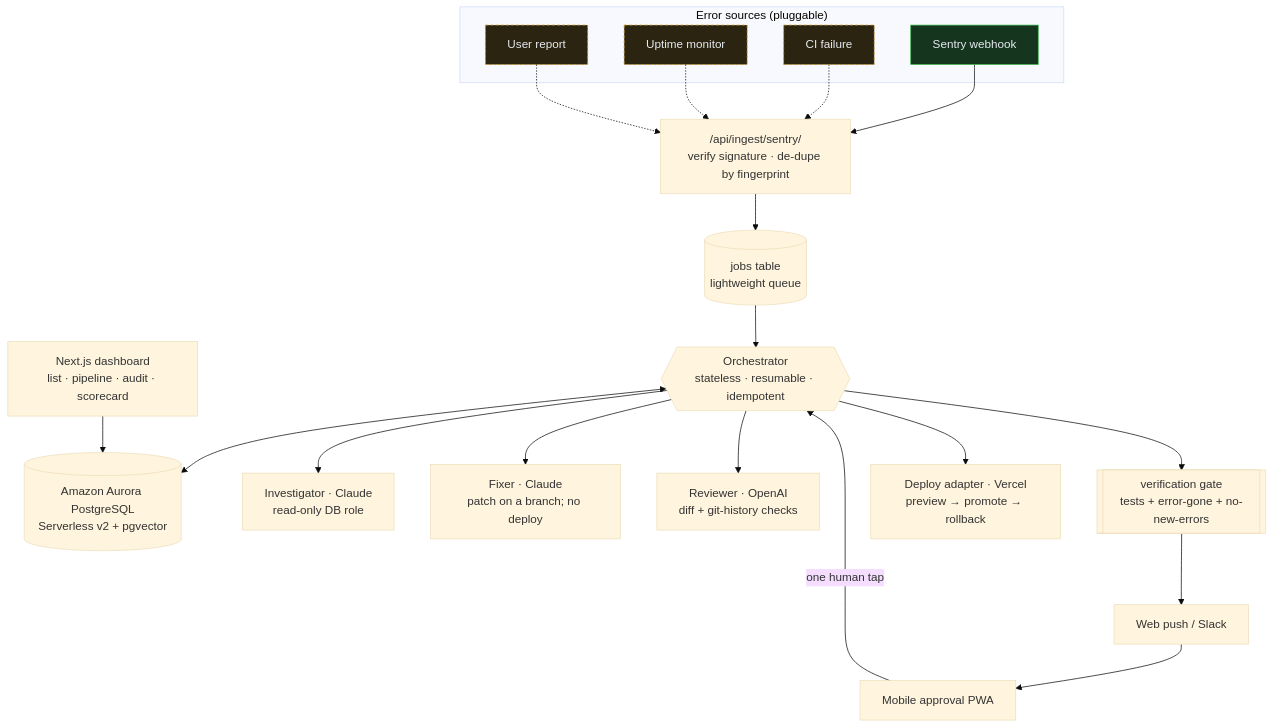
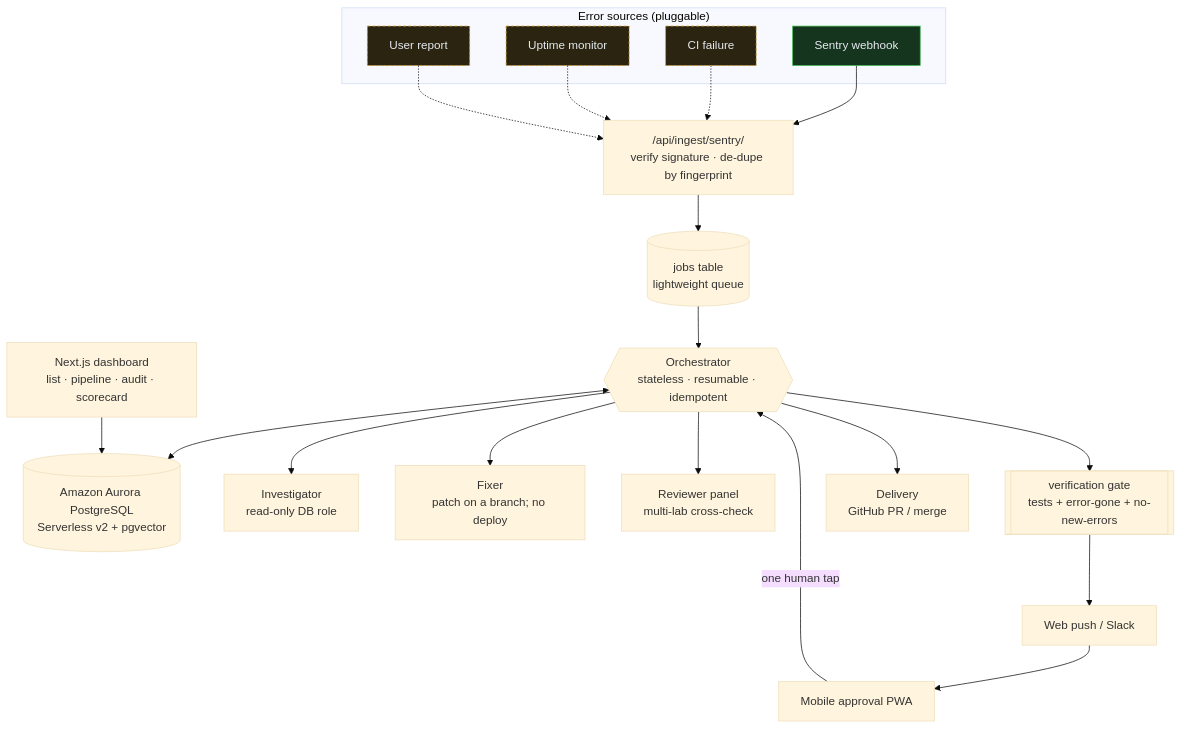
Before and after one commit to BlinkZ404/Warden-Web: the first of 3 diagrams in docs/product/architecture.md, drawn with Mermaid (base theme). The commit also changed other lines of this file and 18 other files, not shown here.

````diff
--- a/docs/product/architecture.md
+++ b/docs/product/architecture.md
@@ -8,34 +8,34 @@
 ```mermaid
 flowchart TB
  subgraph sources["Error sources (pluggable)"]
  S[Sentry webhook]:::live
  CI[CI failure]:::stub
  UP[Uptime monitor]:::stub
  UR[User report]:::stub
  end
 
  S --> ING["/api/ingest/sentry/<br/>verify signature · de-dupe by fingerprint"]
  CI -.-> ING
  UP -.-> ING
  UR -.-> ING
 
  ING --> Q[(jobs table<br/>lightweight queue)]
  Q --> ORCH{{Orchestrator<br/>stateless · resumable · idempotent}}
 
  ORCH <--> DB[(Amazon Aurora PostgreSQL<br/>Serverless v2 + pgvector)]
 
- ORCH --> INV[Investigator · Claude<br/>read-only DB role]
- ORCH --> FIX[Fixer · Claude<br/>patch on a branch; no deploy]
- ORCH --> REV[Reviewer · OpenAI<br/>diff + git-history checks]
+ ORCH --> INV[Investigator<br/>read-only DB role]
+ ORCH --> FIX[Fixer<br/>patch on a branch; no deploy]
+ ORCH --> REV[Reviewer panel<br/>multi-lab cross-check]
  ORCH --> GATE[[verification gate<br/>tests + error-gone + no-new-errors]]
- ORCH --> DEP[Deploy adapter · Vercel<br/>preview → promote → rollback]
+ ORCH --> DEP[Delivery<br/>GitHub PR / merge]
 
  GATE --> PUSH[Web push / Slack]
  PUSH --> PWA[Mobile approval PWA]
  PWA -->|one human tap| ORCH
 
  DASH[Next.js dashboard<br/>list · pipeline · audit · scorecard] --> DB
 
  classDef live fill:#15351f,stroke:#3fb950,color:#e7eaf0;
  classDef stub fill:#2a2410,stroke:#d29922,color:#e7eaf0,stroke-dasharray:4 3;
 ```
````
